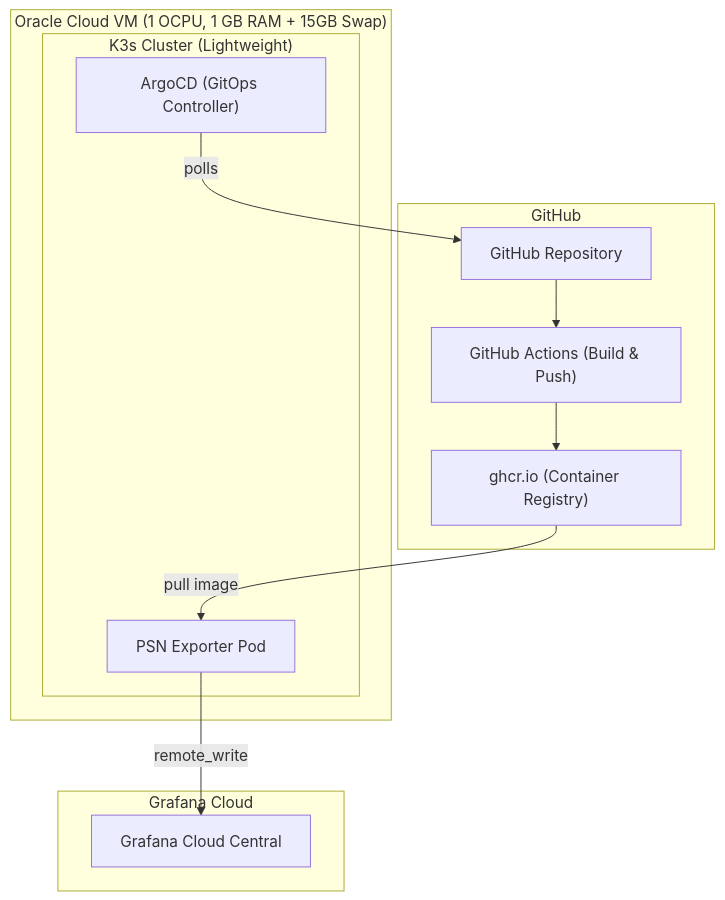
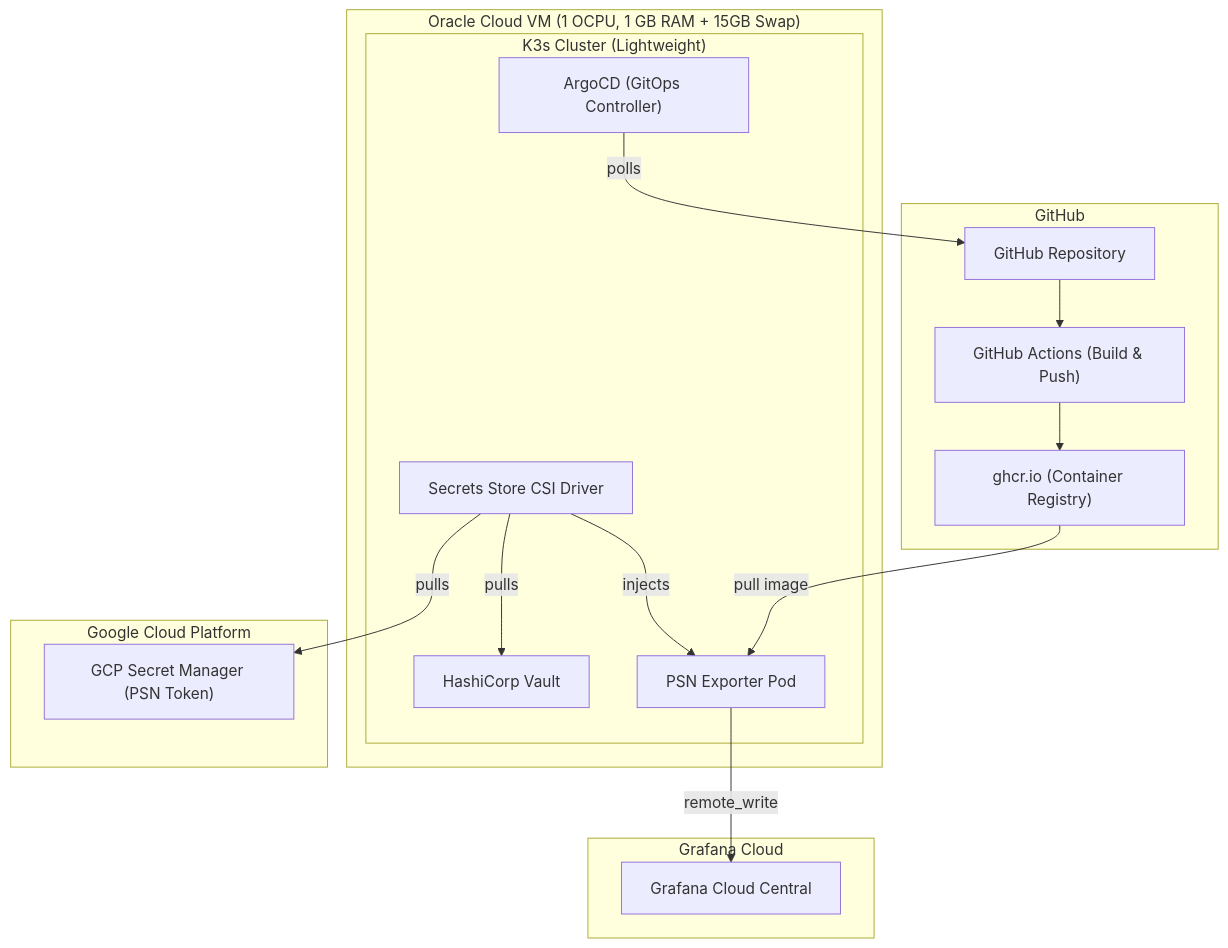
One commit to sai7teja/PSN changed the diagram in README.md. Above: the diagram before and after it, drawn with Mermaid. The commit also changed other lines of this file, not shown here.

Commit message:
docs: Update README with Multi-Cloud CSI Architecture

````diff
--- a/README.md
+++ b/README.md
@@ -18,25 +26,34 @@
 ```mermaid
 graph TB
     subgraph "GitHub"
         GH["GitHub Repository"]
         CI["GitHub Actions (Build & Push)"]
         GHCR["ghcr.io (Container Registry)"]
         
         GH --> CI --> GHCR
     end
 
     subgraph "Oracle Cloud VM (1 OCPU, 1 GB RAM + 15GB Swap)"
         subgraph "K3s Cluster (Lightweight)"
             ARGO["ArgoCD (GitOps Controller)"]
             EXP["PSN Exporter Pod"]
+            VAULT["HashiCorp Vault"]
+            CSI["Secrets Store CSI Driver"]
         end
+    end
+    
+    subgraph "Google Cloud Platform"
+        GCP["GCP Secret Manager (PSN Token)"]
     end
     
     subgraph "Grafana Cloud"
         GCLOUD["Grafana Cloud Central"]
     end
 
     ARGO -->|"polls"| GH
     GHCR -->|"pull image"| EXP
+    CSI -->|"pulls"| GCP
+    CSI -->|"pulls"| VAULT
+    CSI -->|"injects"| EXP
     EXP -->|"remote_write"| GCLOUD
 ```
````
